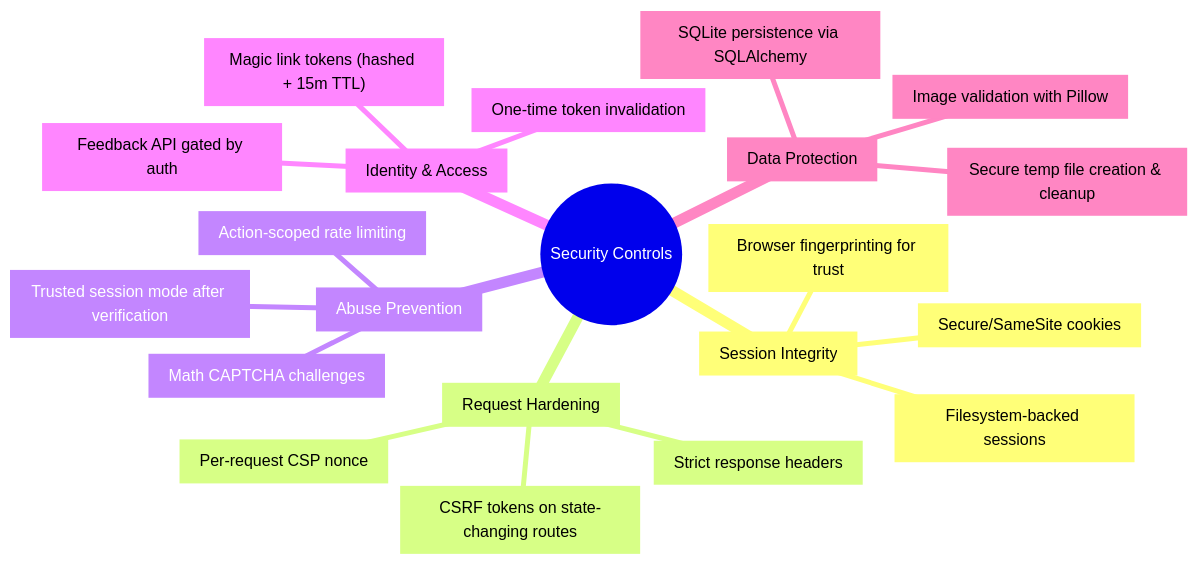
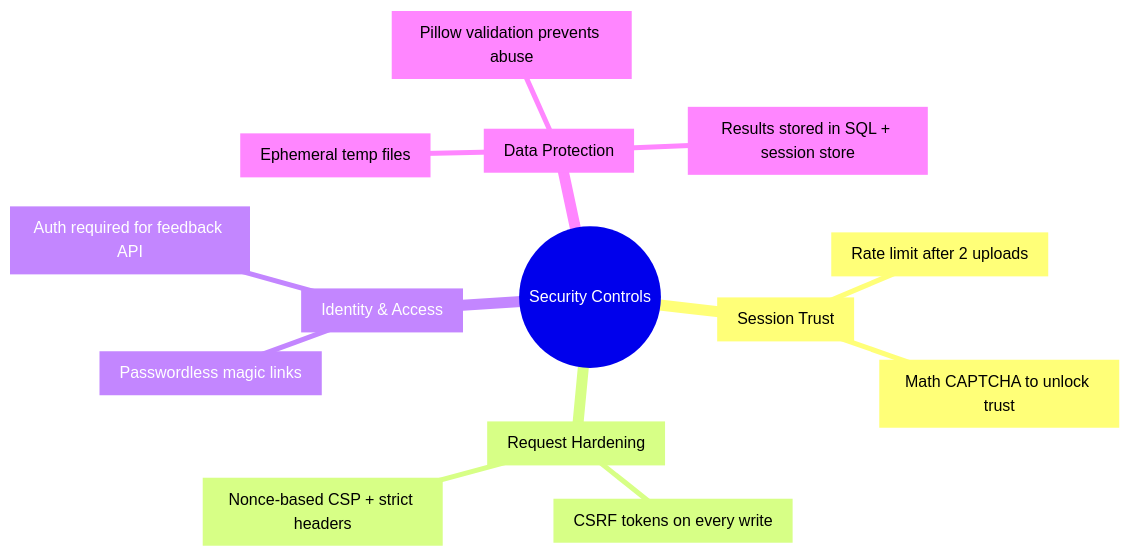
Before and after one commit to Red-Turtles/Proof-Of-Concept-Demo: the diagram in docs/diagram_sources/security-mindmap.mmd, drawn with Mermaid. The commit also changed 8 other files, not shown here.

First line of the commit message:
Refactor: Update diagrams and simplify security concepts

```diff
--- a/docs/diagram_sources/security-mindmap.mmd
+++ b/docs/diagram_sources/security-mindmap.mmd
@@ -1,22 +1,15 @@
 mindmap
   root((Security Controls))
-    session_integrity["Session Integrity"]
-      sessions["Filesystem-backed sessions"]
-      secure_cookies["Secure/SameSite cookies"]
-      fingerprints["Browser fingerprinting for trust"]
-    request_hardening["Request Hardening"]
-      csrf_tokens["CSRF tokens on state-changing routes"]
-      csp_nonce["Per-request CSP nonce"]
-      headers["Strict response headers"]
-    abuse_prevention["Abuse Prevention"]
-      rate_limiting["Action-scoped rate limiting"]
-      captcha["Math CAPTCHA challenges"]
-      trusted_mode["Trusted session mode after verification"]
-    identity_access["Identity & Access"]
-      magic_links["Magic link tokens (hashed + 15m TTL)"]
-      one_time["One-time token invalidation"]
-      feedback_auth["Feedback API gated by auth"]
-    data_protection["Data Protection"]
-      temp_files["Secure temp file creation & cleanup"]
-      pillow_scan["Image validation with Pillow"]
-      sqlite["SQLite persistence via SQLAlchemy"]
+    trust["Session Trust"]
+      rate_limit["Rate limit after 2 uploads"]
+      captcha_gate["Math CAPTCHA to unlock trust"]
+    hardening["Request Hardening"]
+      csrf["CSRF tokens on every write"]
+      csp["Nonce-based CSP + strict headers"]
+    identity["Identity & Access"]
+      magic_links["Passwordless magic links"]
+      feedback_guard["Auth required for feedback API"]
+    data["Data Protection"]
+      temp_cleanup["Ephemeral temp files"]
+      validation["Pillow validation prevents abuse"]
+      storage["Results stored in SQL + session store"]
```
